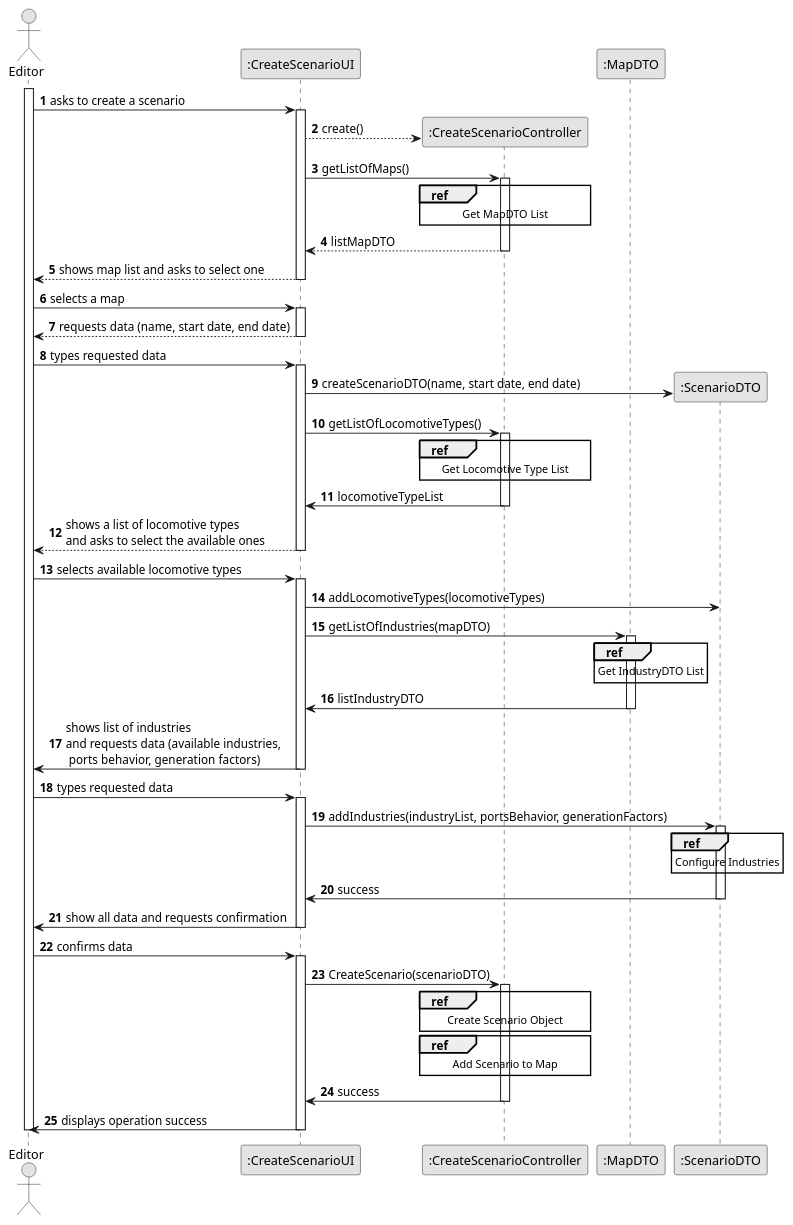
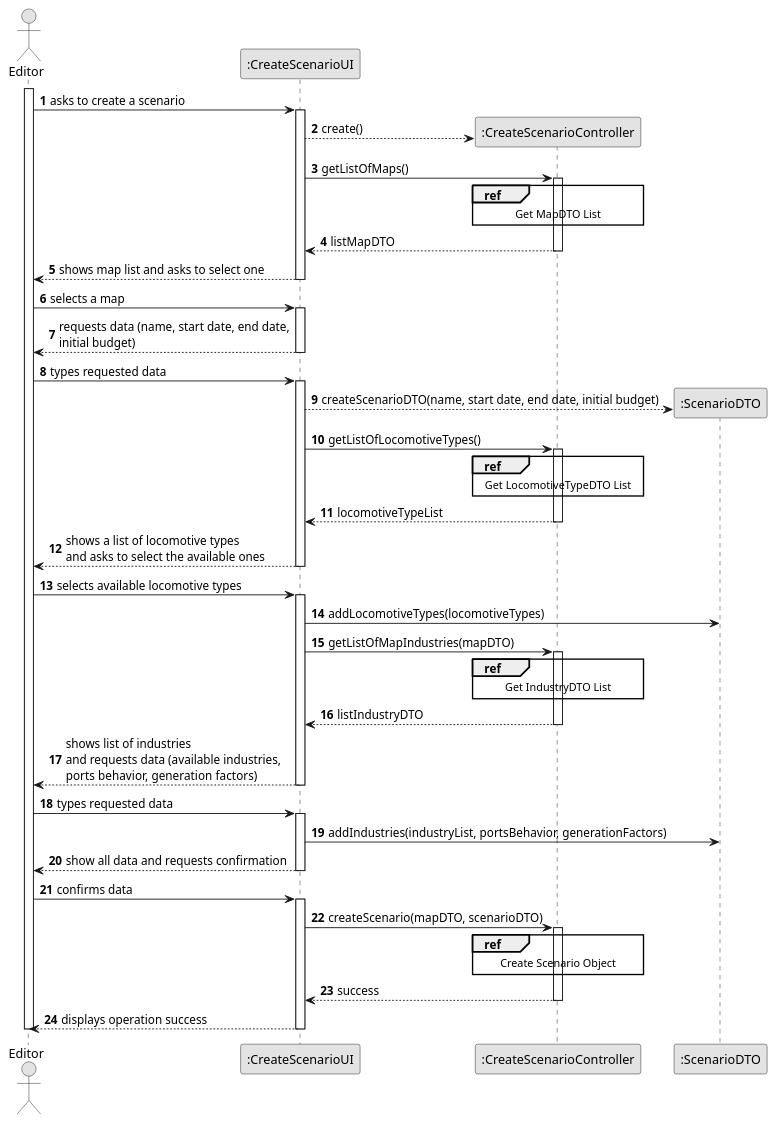
The diagram in docs/system-documentation/Sprint 3/US04/03.design/puml/US04-SD-split.puml (HenriqueSilva18/Railway-Network-Simulator), drawn with PlantUML before and after one commit. The commit also changed 8 other files, not shown here.

```diff
--- a/docs/system-documentation/Sprint 3/US04/03.design/puml/US04-SD-split.puml
+++ b/docs/system-documentation/Sprint 3/US04/03.design/puml/US04-SD-split.puml
@@ -1,126 +1,106 @@
 @startuml
 skinparam monochrome true
 skinparam packageStyle rectangle
 skinparam shadowing false
 
 autonumber
 
 'hide footbox
 actor "Editor" as EDITOR
 
 participant ":CreateScenarioUI" as UI
 participant ":CreateScenarioController" as CTRL
-participant ":MapDTO" as MAP_DTO
 participant ":ScenarioDTO" as DTO
 
 activate EDITOR
 
     EDITOR -> UI : asks to create a scenario
 
     activate UI
 
         UI --> CTRL** : create()
         UI -> CTRL : getListOfMaps()
         ref over CTRL
             Get MapDTO List
         end ref
 
         activate CTRL
 
             CTRL --> UI : listMapDTO
         deactivate CTRL
 
         UI --> EDITOR : shows map list and asks to select one
     deactivate UI
 
     EDITOR -> UI : selects a map
     activate UI
 
-        UI --> EDITOR : requests data (name, start date, end date)
+        UI --> EDITOR : requests data (name, start date, end date,\ninitial budget)
     deactivate UI
 
     EDITOR -> UI : types requested data
     activate UI
 
-        UI -> DTO** : createScenarioDTO(name, start date, end date)
+        UI --> DTO** : createScenarioDTO(name, start date, end date, initial budget)
 
         UI -> CTRL : getListOfLocomotiveTypes()
         activate CTRL
 
                 ref over CTRL
-                    Get Locomotive Type List
+                    Get LocomotiveTypeDTO List
                 end ref
 
-        CTRL -> UI : locomotiveTypeList
+        CTRL --> UI : locomotiveTypeList
         deactivate CTRL
 
         UI --> EDITOR : shows a list of locomotive types\nand asks to select the available ones
     deactivate UI
 
     EDITOR -> UI : selects available locomotive types
     activate UI
 
         UI -> DTO : addLocomotiveTypes(locomotiveTypes)
 
 
+            UI -> CTRL : getListOfMapIndustries(mapDTO)
+            activate CTRL
 
-
-
-            UI -> MAP_DTO : getListOfIndustries(mapDTO)
-            activate MAP_DTO
-
-                ref over MAP_DTO
+                ref over CTRL
                     Get IndustryDTO List
                 end ref
 
-            MAP_DTO -> UI : listIndustryDTO
-            deactivate MAP_DTO
+            CTRL --> UI : listIndustryDTO
+            deactivate CTRL
 
-        UI -> EDITOR : shows list of industries\nand requests data (available industries, \n ports behavior, generation factors)
+        UI --> EDITOR : shows list of industries\nand requests data (available industries, \nports behavior, generation factors)
         deactivate UI
 
 
     EDITOR -> UI : types requested data
     activate UI
 
         UI -> DTO : addIndustries(industryList, portsBehavior, generationFactors)
-        activate DTO
 
-                ref over DTO
-                    Configure Industries
-                end ref
-
-        DTO -> UI : success
-        deactivate DTO
-
-        UI -> EDITOR : show all data and requests confirmation
+        UI --> EDITOR : show all data and requests confirmation
         deactivate UI
 
 
         EDITOR -> UI : confirms data
         activate UI
 
-            UI -> CTRL : CreateScenario(scenarioDTO)
+            UI -> CTRL : createScenario(mapDTO, scenarioDTO)
             activate CTRL
 
                 ref over CTRL
                     Create Scenario Object
                 end ref
 
-                ref over CTRL
-                    Add Scenario to Map
-                end ref
-
-
-            CTRL -> UI : success
+            CTRL --> UI : success
             deactivate CTRL
 
-        UI -> EDITOR : displays operation success
+        UI --> EDITOR : displays operation success
         deactivate UI
-
-
-
 
 deactivate EDITOR
 
 @enduml
```
